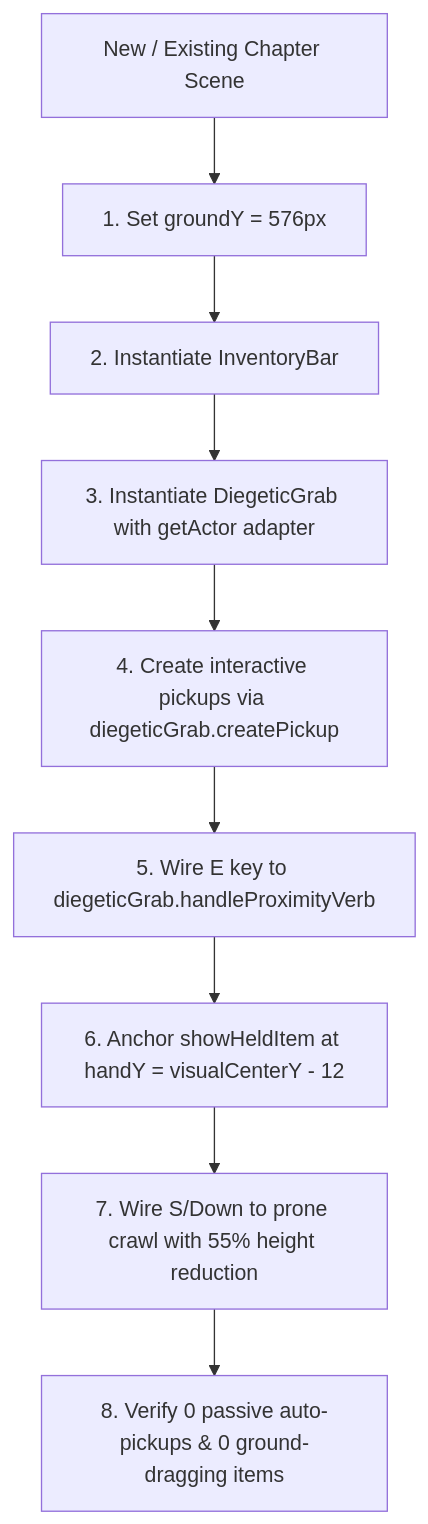
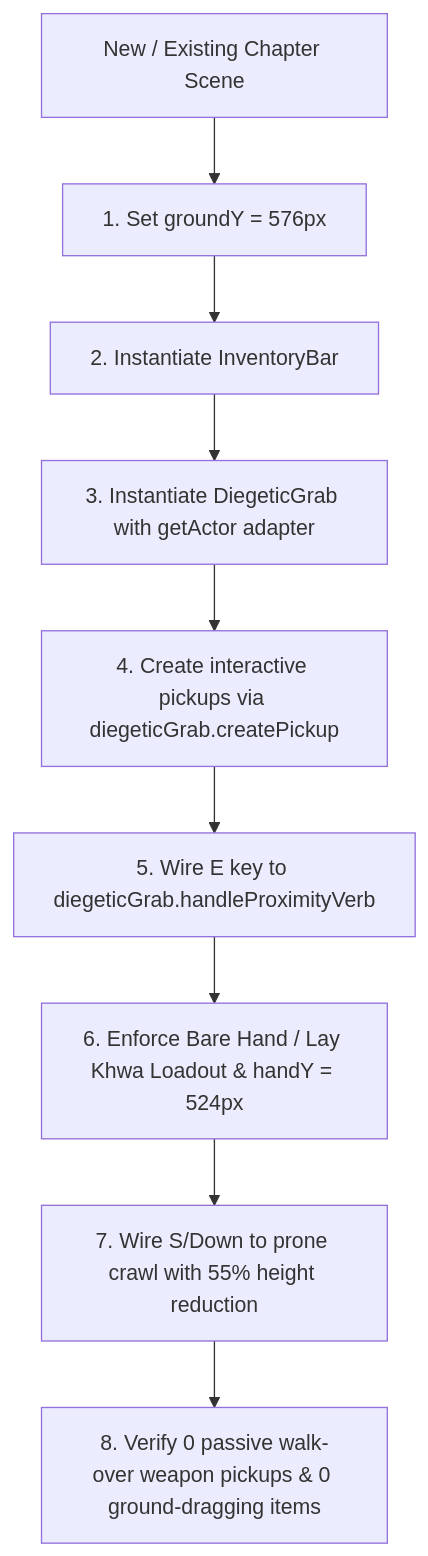
The second of 2 diagrams in character.md (MinnThikeTunn/Pho-Htaung), drawn with Mermaid before and after one commit. The commit also changed other lines of this file and 38 other files, not shown here.

````diff
--- a/character.md
+++ b/character.md
@@ -228,11 +240,11 @@
 ```mermaid
 graph TD
     A[New / Existing Chapter Scene] --> B[1. Set groundY = 576px]
     B --> C[2. Instantiate InventoryBar]
     C --> D[3. Instantiate DiegeticGrab with getActor adapter]
     D --> E[4. Create interactive pickups via diegeticGrab.createPickup]
     E --> F[5. Wire E key to diegeticGrab.handleProximityVerb]
-    F --> G[6. Anchor showHeldItem at handY = visualCenterY - 12]
+    F --> G[6. Enforce Bare Hand / Lay Khwa Loadout & handY = 524px]
     G --> H[7. Wire S/Down to prone crawl with 55% height reduction]
-    H --> I[8. Verify 0 passive auto-pickups & 0 ground-dragging items]
+    H --> I[8. Verify 0 passive walk-over weapon pickups & 0 ground-dragging items]
 ```
````
